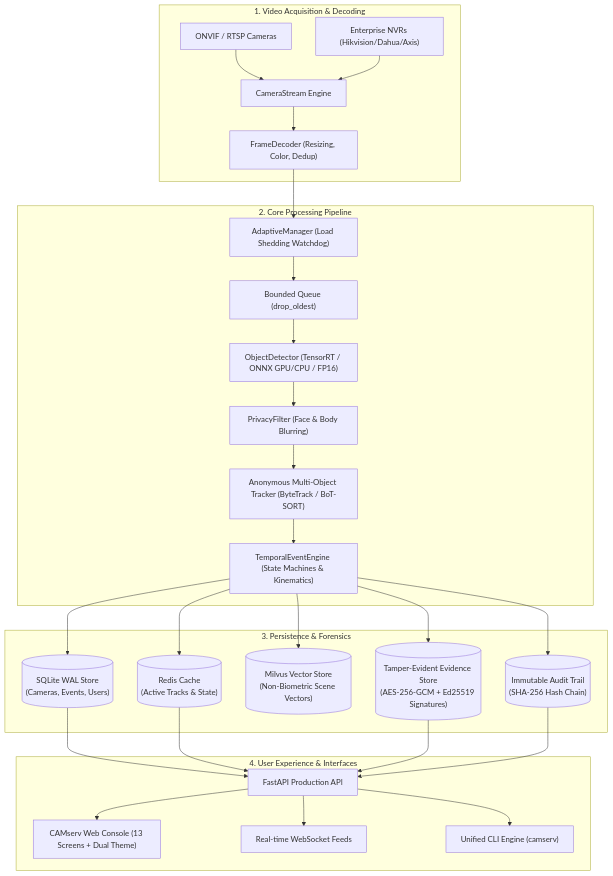
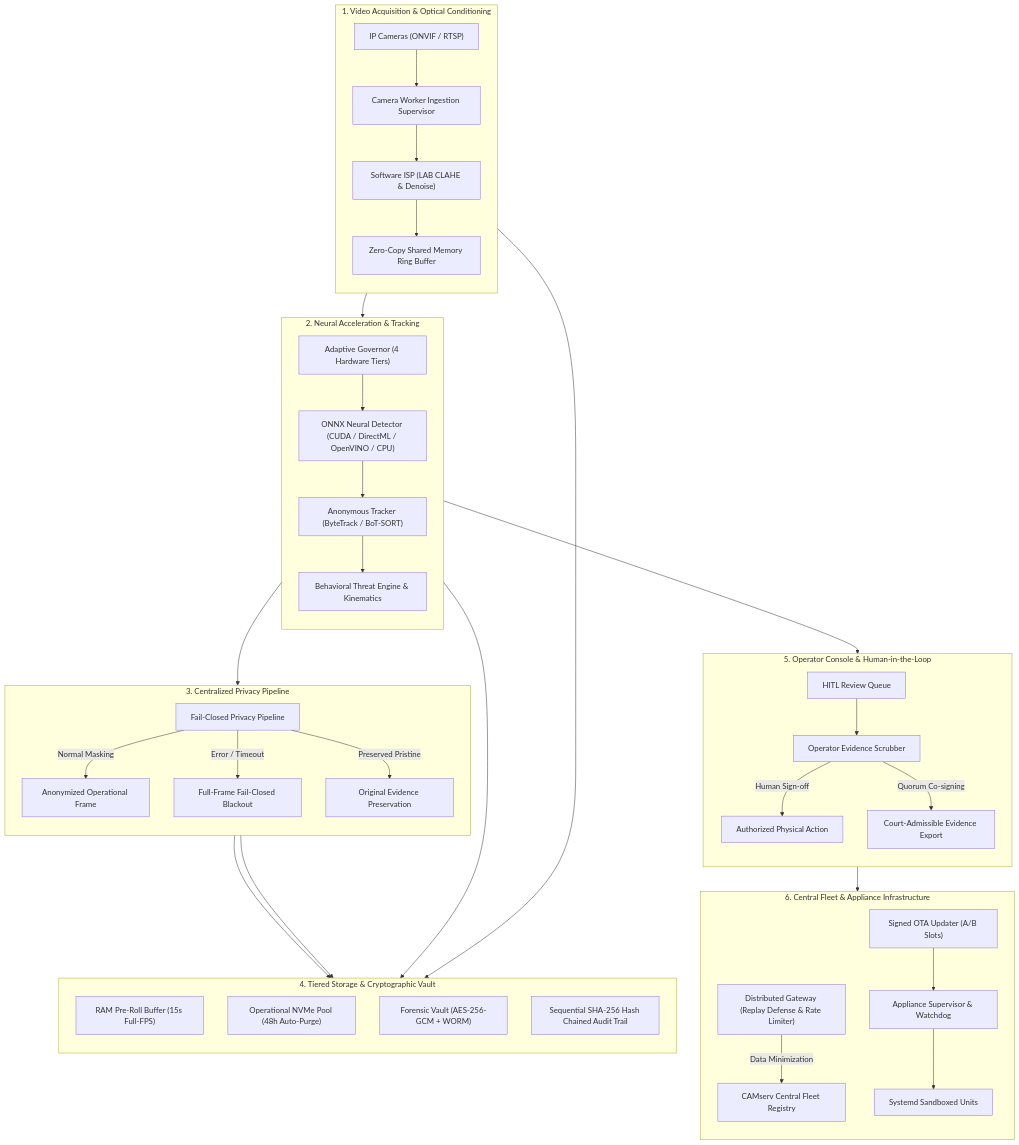
Before and after one commit to aboulouafaeit-sys/CAMserv.IT: the diagram in README.md, drawn with Mermaid. The commit also changed other lines of this file and 27 other files, not shown here.

````diff
--- a/README.md
+++ b/README.md
@@ -100,35 +60,49 @@
 ```mermaid
-graph TD
-    subgraph INGEST ["1. Video Acquisition & Decoding"]
-        CAM1["ONVIF / RTSP Cameras"] --> INGESTION["CameraStream Engine"]
-        NVR["Enterprise NVRs (Hikvision/Dahua/Axis)"] --> INGESTION
-        INGESTION --> DECODER["FrameDecoder (Resizing, Color, Dedup)"]
+flowchart TD
+    subgraph INGEST ["1. Video Acquisition & Optical Conditioning"]
+        direction TB
+        CAM["IP Cameras (ONVIF / RTSP)"] --> ISOLATION["Camera Worker Ingestion Supervisor"]
+        ISOLATION --> ISP["Software ISP (LAB CLAHE & Denoise)"]
+        ISP --> SHM["Zero-Copy Shared Memory Ring Buffer"]
     end
 
-    subgraph ENGINE ["2. Core Processing Pipeline"]
-        DECODER --> ADAPTIVE["AdaptiveManager (Load Shedding Watchdog)"]
-        ADAPTIVE --> BACKPRESSURE["Bounded Queue (drop_oldest)"]
-        BACKPRESSURE --> DETECTOR["ObjectDetector (TensorRT / ONNX GPU/CPU / FP16)"]
-        DETECTOR --> PRIVACY["PrivacyFilter (Face & Body Blurring)"]
-        PRIVACY --> TRACKER["Anonymous Multi-Object Tracker (ByteTrack / BoT-SORT)"]
-        TRACKER --> EVENTS["TemporalEventEngine (State Machines & Kinematics)"]
+    subgraph INFERENCE ["2. Neural Acceleration & Tracking"]
+        direction TB
+        SHM --> ADAPTIVE["Adaptive Governor (4 Hardware Tiers)"]
+        ADAPTIVE --> DETECTOR["ONNX Neural Detector (CUDA / DirectML / OpenVINO / CPU)"]
+        DETECTOR --> TRACKER["Anonymous Tracker (ByteTrack / BoT-SORT)"]
+        TRACKER --> BEHAVIOR["Behavioral Threat Engine & Kinematics"]
     end
 
-    subgraph STORAGE ["3. Persistence & Forensics"]
-        EVENTS --> SQLITE[("SQLite WAL Store<br/>(Cameras, Events, Users)")]
-        EVENTS --> REDIS[("Redis Cache<br/>(Active Tracks & State)")]
-        EVENTS --> MILVUS[("Milvus Vector Store<br/>(Non-Biometric Scene Vectors)")]
-        EVENTS --> EVIDENCE[("Tamper-Evident Evidence Store<br/>(AES-256-GCM + Ed25519 Signatures)")]
-        EVENTS --> AUDIT[("Immutable Audit Trail<br/>(SHA-256 Hash Chain)")]
+    subgraph PRIVACY ["3. Centralized Privacy Pipeline"]
+        direction TB
+        DETECTOR --> FAILCLOSED["Fail-Closed Privacy Pipeline"]
+        FAILCLOSED -->|Normal Masking| DERIVATIVE["Anonymized Operational Frame"]
+        FAILCLOSED -->|Error / Timeout| BLACKOUT["Full-Frame Fail-Closed Blackout"]
+        FAILCLOSED -->|Preserved Pristine| VAULT_ORIG["Original Evidence Preservation"]
     end
 
-    subgraph PRESENTATION ["4. User Experience & Interfaces"]
-        SQLITE --> FASTAPI["FastAPI Production API"]
-        REDIS --> FASTAPI
-        EVIDENCE --> FASTAPI
-        AUDIT --> FASTAPI
-        FASTAPI --> CONSOLE["CAMserv Web Console (13 Screens + Dual Theme)"]
-        FASTAPI --> WS["Real-time WebSocket Feeds"]
-        FASTAPI --> CLI["Unified CLI Engine (camserv)"]
+    subgraph STORAGE ["4. Tiered Storage & Cryptographic Vault"]
+        direction TB
+        SHM --> PREROLL["RAM Pre-Roll Buffer (15s Full-FPS)"]
+        DERIVATIVE --> OP_STORAGE["Operational NVMe Pool (48h Auto-Purge)"]
+        VAULT_ORIG --> INCIDENT_VAULT["Forensic Vault (AES-256-GCM + WORM)"]
+        BEHAVIOR --> AUDIT["Sequential SHA-256 Hash Chained Audit Trail"]
+    end
+
+    subgraph WORKFLOW ["5. Operator Console & Human-in-the-Loop"]
+        direction TB
+        BEHAVIOR --> QUEUE["HITL Review Queue"]
+        QUEUE --> INSPECTION["Operator Evidence Scrubber"]
+        INSPECTION -->|Human Sign-off| DISPATCH["Authorized Physical Action"]
+        INSPECTION -->|Quorum Co-signing| RAW_EXPORT["Court-Admissible Evidence Export"]
+    end
+
+    subgraph CENTRAL ["6. Central Fleet & Appliance Infrastructure"]
+        direction TB
+        DISPATCH --> GATEWAY["Distributed Gateway (Replay Defense & Rate Limiter)"]
+        GATEWAY -->|Data Minimization| CENTRAL_PLANE["CAMserv Central Fleet Registry"]
+        SUPERVISOR["Appliance Supervisor & Watchdog"] --> SYSTEMD["Systemd Sandboxed Units"]
+        UPDATER["Signed OTA Updater (A/B Slots)"] --> SUPERVISOR
     end
 ```
````
